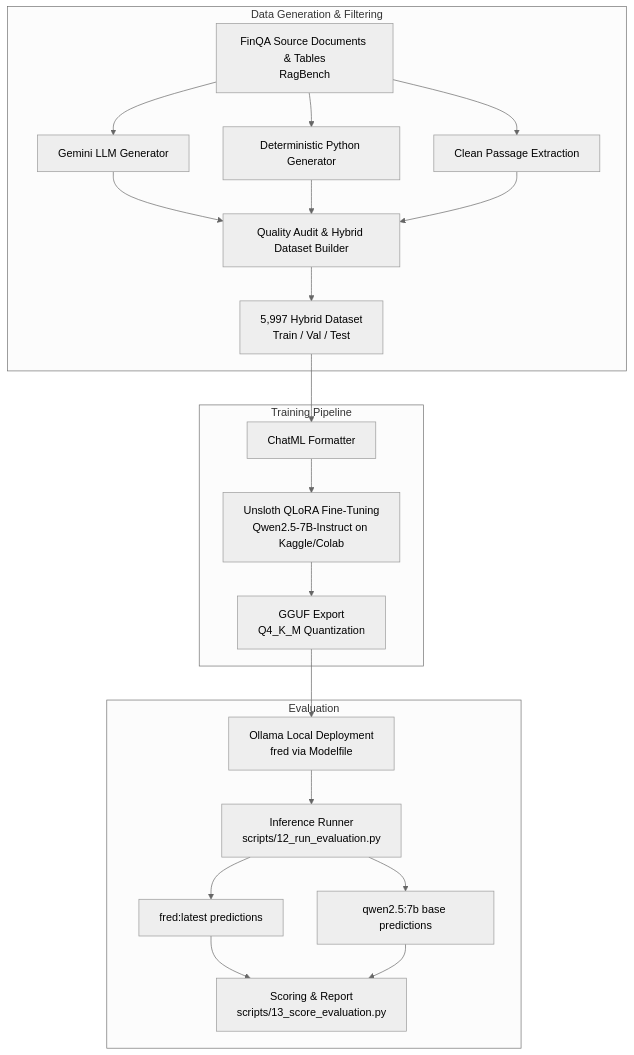
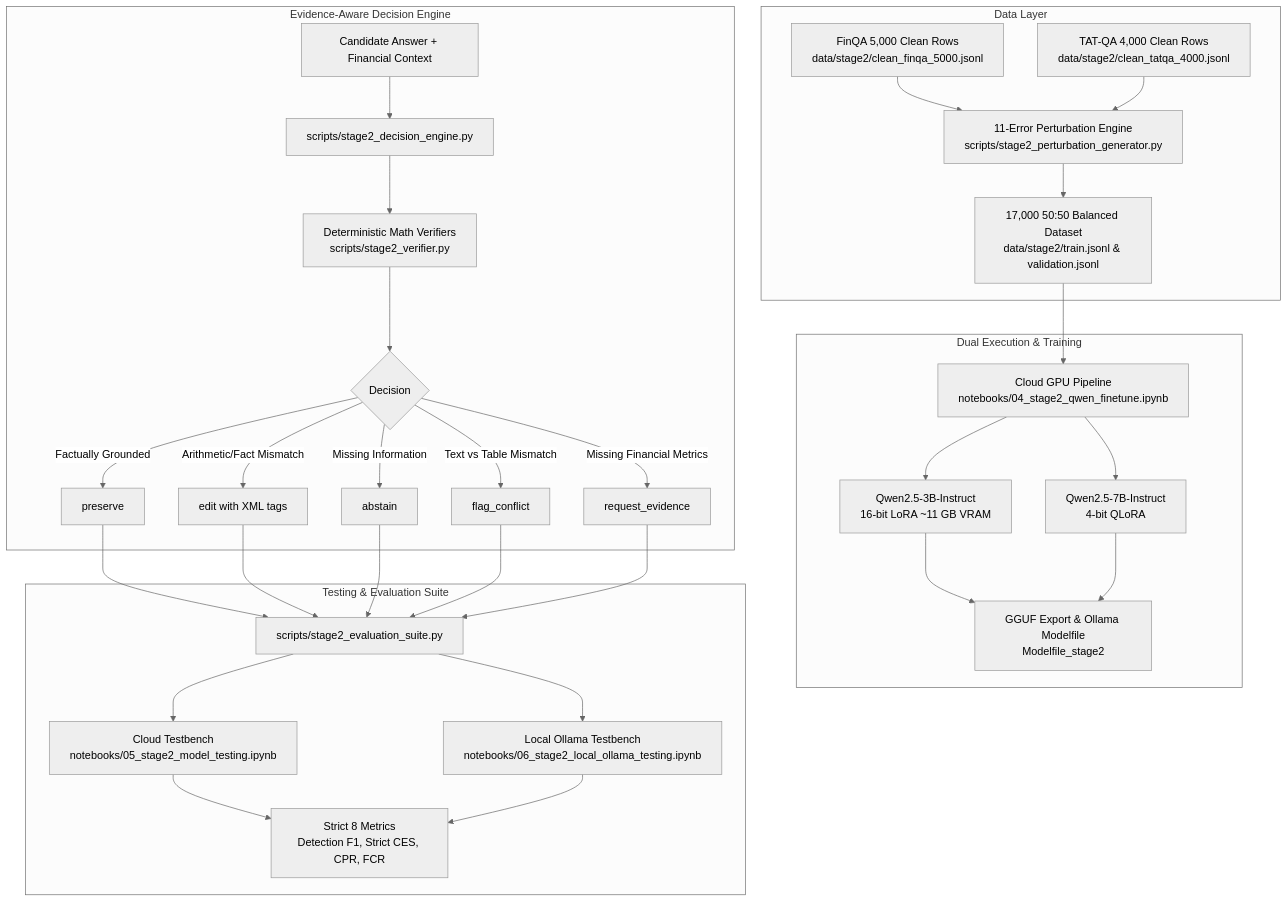
One commit to Akash-Purbhi/FRED-Financial-Retrieval-Enhanced-Detection-and-Editing-of-Hallucinations-in-Language-Models changed the diagram in README.md. Above: the diagram before and after it, drawn with Mermaid (neutral theme). The commit also changed other lines of this file and 4 other files, not shown here.

Commit message:
feat(stage2): add evidence-aware decision workflow

````diff
--- a/README.md
+++ b/README.md
@@ -83,24 +138,34 @@
 ```mermaid
 flowchart TD
-    subgraph Data Generation & Filtering
-        A[FinQA Source Documents & Tables\nRagBench] --> B1[Gemini LLM Generator]
-        A --> B2[Deterministic Python Generator]
-        A --> B3[Clean Passage Extraction]
-        B1 & B2 & B3 --> C[Quality Audit & Hybrid Dataset Builder]
-        C --> D[5,997 Hybrid Dataset\nTrain / Val / Test]
+    subgraph Data Layer
+        A1[FinQA 5,000 Clean Rows\ndata/stage2/clean_finqa_5000.jsonl]
+        A2[TAT-QA 4,000 Clean Rows\ndata/stage2/clean_tatqa_4000.jsonl]
+        A1 & A2 --> B[11-Error Perturbation Engine\nscripts/stage2_perturbation_generator.py]
+        B --> C[17,000 50:50 Balanced Dataset\ndata/stage2/train.jsonl & validation.jsonl]
     end
 
-    subgraph Training Pipeline
-        D --> E[ChatML Formatter]
-        E --> F[Unsloth QLoRA Fine-Tuning\nQwen2.5-7B-Instruct on Kaggle/Colab]
-        F --> G[GGUF Export\nQ4_K_M Quantization]
+    subgraph Dual Execution & Training
+        C --> D1[Cloud GPU Pipeline\nnotebooks/04_stage2_qwen_finetune.ipynb]
+        D1 --> E1[Qwen2.5-3B-Instruct\n16-bit LoRA ~11 GB VRAM]
+        D1 --> E2[Qwen2.5-7B-Instruct\n4-bit QLoRA]
+        E1 & E2 --> F[GGUF Export & Ollama Modelfile\nModelfile_stage2]
     end
 
-    subgraph Evaluation
-        G --> H[Ollama Local Deployment\nfred via Modelfile]
-        H --> I[Inference Runner\nscripts/12_run_evaluation.py]
-        I --> J1[fred:latest predictions]
-        I --> J2[qwen2.5:7b base predictions]
-        J1 & J2 --> K[Scoring & Report\nscripts/13_score_evaluation.py]
+    subgraph Evidence-Aware Decision Engine
+        IN[Candidate Answer + Financial Context] --> DE[scripts/stage2_decision_engine.py]
+        DE --> PY[Deterministic Math Verifiers\nscripts/stage2_verifier.py]
+        PY --> DEC{Decision}
+        DEC -->|Factually Grounded| ACT1[preserve]
+        DEC -->|Arithmetic/Fact Mismatch| ACT2[edit with XML tags]
+        DEC -->|Missing Information| ACT3[abstain]
+        DEC -->|Text vs Table Mismatch| ACT4[flag_conflict]
+        DEC -->|Missing Financial Metrics| ACT5[request_evidence]
+    end
+
+    subgraph Testing & Evaluation Suite
+        ACT1 & ACT2 & ACT3 & ACT4 & ACT5 --> EVAL[scripts/stage2_evaluation_suite.py]
+        EVAL --> T1[Cloud Testbench\nnotebooks/05_stage2_model_testing.ipynb]
+        EVAL --> T2[Local Ollama Testbench\nnotebooks/06_stage2_local_ollama_testing.ipynb]
+        T1 & T2 --> METRICS[Strict 8 Metrics\nDetection F1, Strict CES, CPR, FCR]
     end
 ```
````
